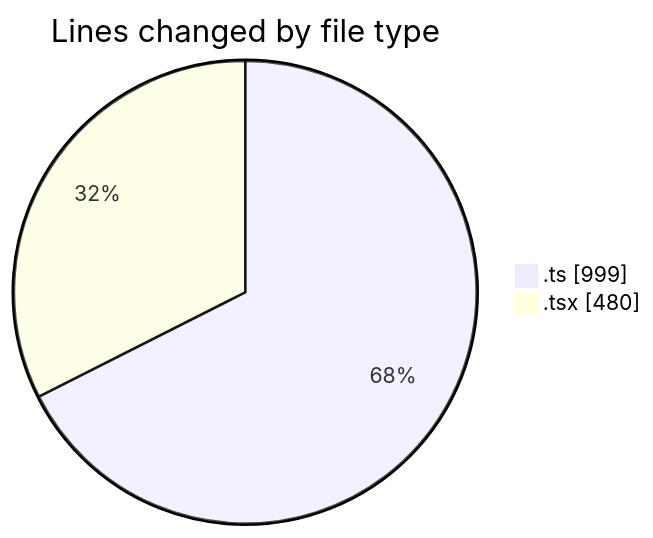
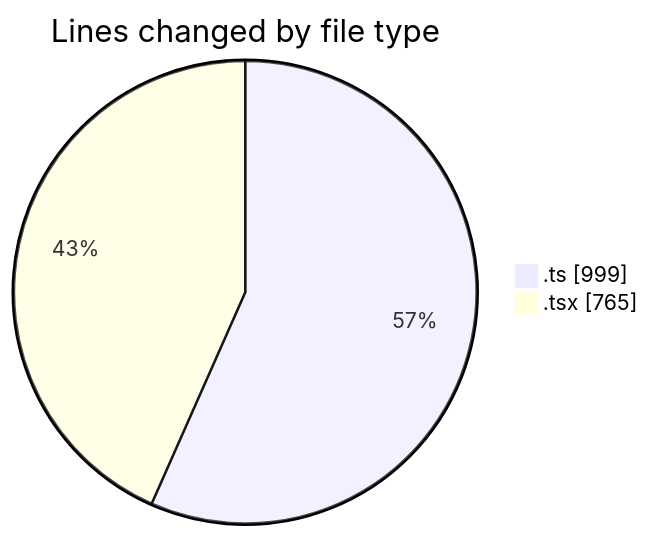
The first of 2 diagrams in 2026-05-07/nxtqube_webapp/README.md (nxtqubesakshisongat/code-tracking), drawn with Mermaid before and after one commit. The commit also changed other lines of this file and 1 other file, not shown here.

````diff
--- a/2026-05-07/nxtqube_webapp/README.md
+++ b/2026-05-07/nxtqube_webapp/README.md
@@ -25,6 +26,6 @@
 ```mermaid
 pie showData
 title Lines changed by file type
 ".ts" : 999
-".tsx" : 480
+".tsx" : 765
 ```
````
